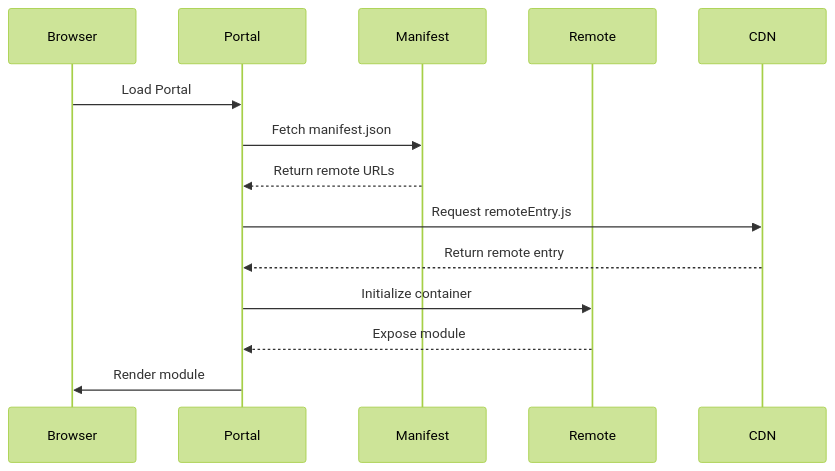
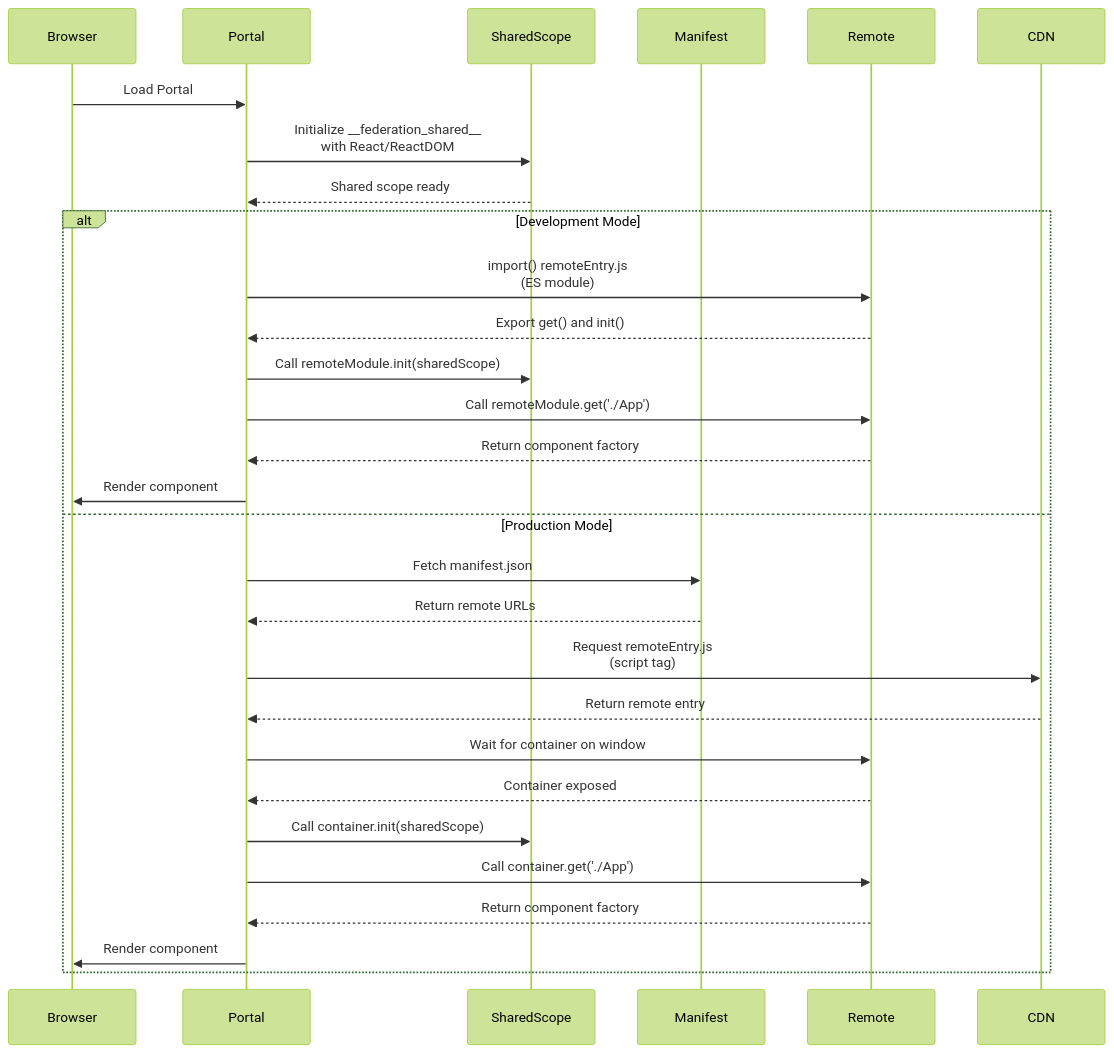
One commit to roberjo/react-federation changed the fourth of 15 diagrams in docs/architecture-overview.md. Above: the diagram before and after it, drawn with Mermaid (forest theme). The commit also changed other lines of this file and 21 other files, not shown here.

Commit message:
updated remote module federation to load properly

````diff
--- a/docs/architecture-overview.md
+++ b/docs/architecture-overview.md
@@ -158,17 +158,33 @@
 ```mermaid
 sequenceDiagram
     participant Browser
     participant Portal
+    participant SharedScope
     participant Manifest
     participant Remote
     participant CDN
     
     Browser->>Portal: Load Portal
-    Portal->>Manifest: Fetch manifest.json
-    Manifest-->>Portal: Return remote URLs
-    Portal->>CDN: Request remoteEntry.js
-    CDN-->>Portal: Return remote entry
-    Portal->>Remote: Initialize container
-    Remote-->>Portal: Expose module
-    Portal->>Browser: Render module
+    Portal->>SharedScope: Initialize __federation_shared__<br/>with React/ReactDOM
+    SharedScope-->>Portal: Shared scope ready
+    
+    alt Development Mode
+        Portal->>Remote: import() remoteEntry.js<br/>(ES module)
+        Remote-->>Portal: Export get() and init()
+        Portal->>SharedScope: Call remoteModule.init(sharedScope)
+        Portal->>Remote: Call remoteModule.get('./App')
+        Remote-->>Portal: Return component factory
+        Portal->>Browser: Render component
+    else Production Mode
+        Portal->>Manifest: Fetch manifest.json
+        Manifest-->>Portal: Return remote URLs
+        Portal->>CDN: Request remoteEntry.js<br/>(script tag)
+        CDN-->>Portal: Return remote entry
+        Portal->>Remote: Wait for container on window
+        Remote-->>Portal: Container exposed
+        Portal->>SharedScope: Call container.init(sharedScope)
+        Portal->>Remote: Call container.get('./App')
+        Remote-->>Portal: Return component factory
+        Portal->>Browser: Render component
+    end
 ```
````
